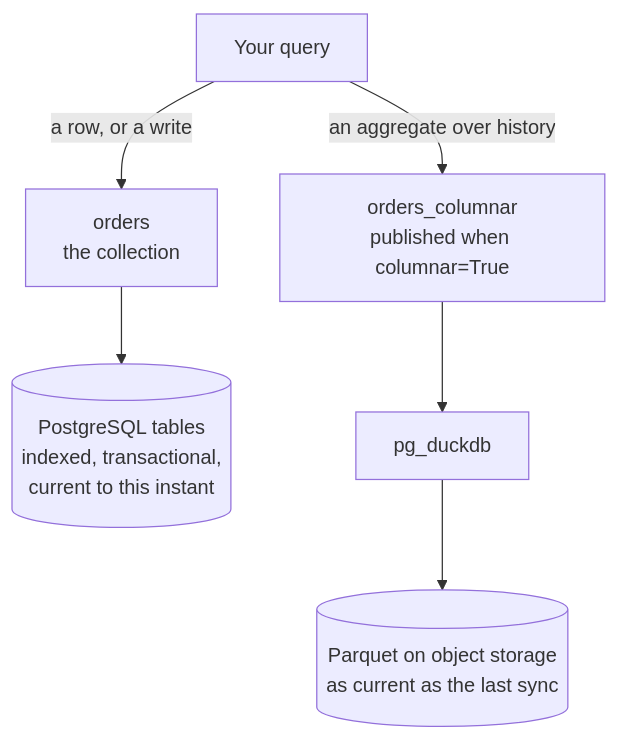
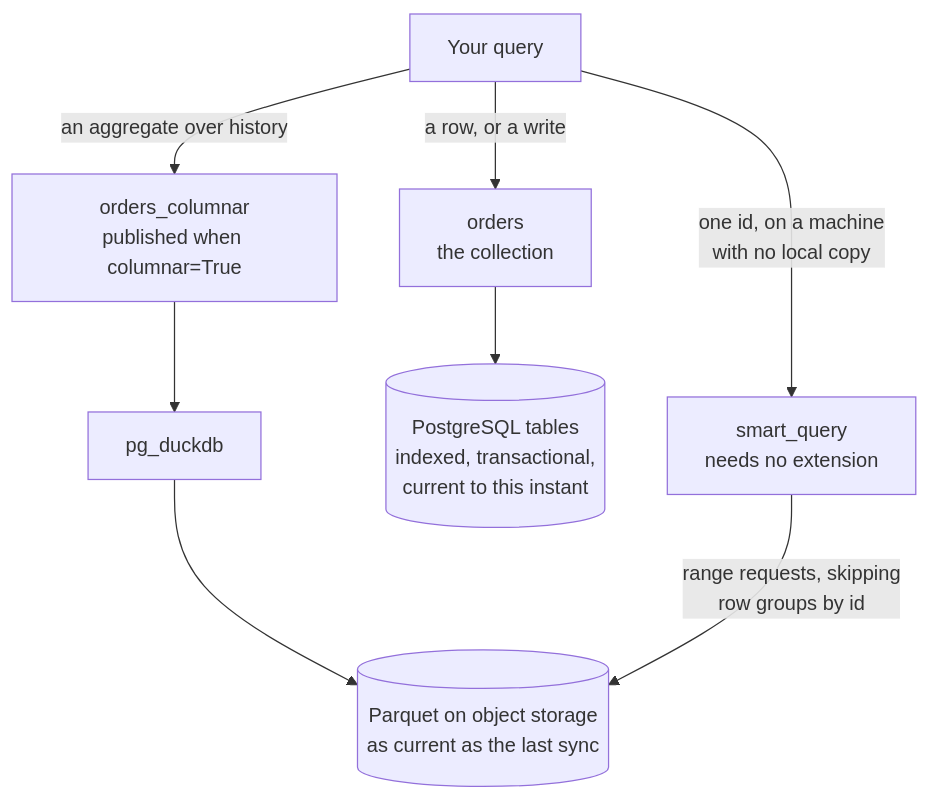
One commit to heyobi/dbcenter changed the fourth of 5 diagrams in README.md. Above: the diagram before and after it, drawn with Mermaid. The commit also changed other lines of this file and 11 other files, not shown here.

First line of the commit message:
Make a restore prepare one statement, not one per row

````diff
--- a/README.md
+++ b/README.md
@@ -164,11 +173,13 @@
 ```mermaid
 flowchart TB
     q["Your query"]
 
     q -->|"a row, or a write"| a["orders<br/>the collection"]
     q -->|"an aggregate over history"| b["orders_columnar<br/>published when columnar=True"]
+    q -->|"one id, on a machine<br/>with no local copy"| c["smart_query<br/>needs no extension"]
 
     a --> pg[("PostgreSQL tables<br/>indexed, transactional,<br/>current to this instant")]
     b --> duck["pg_duckdb"]
     duck --> s3[("Parquet on object storage<br/>as current as the last sync")]
+    c -->|"range requests, skipping<br/>row groups by id"| s3
 ```
````
